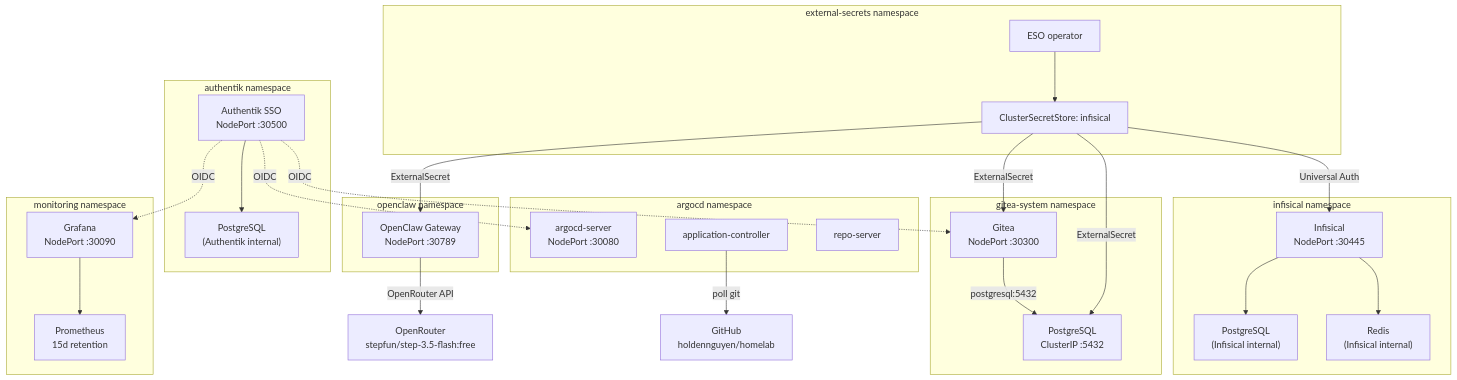
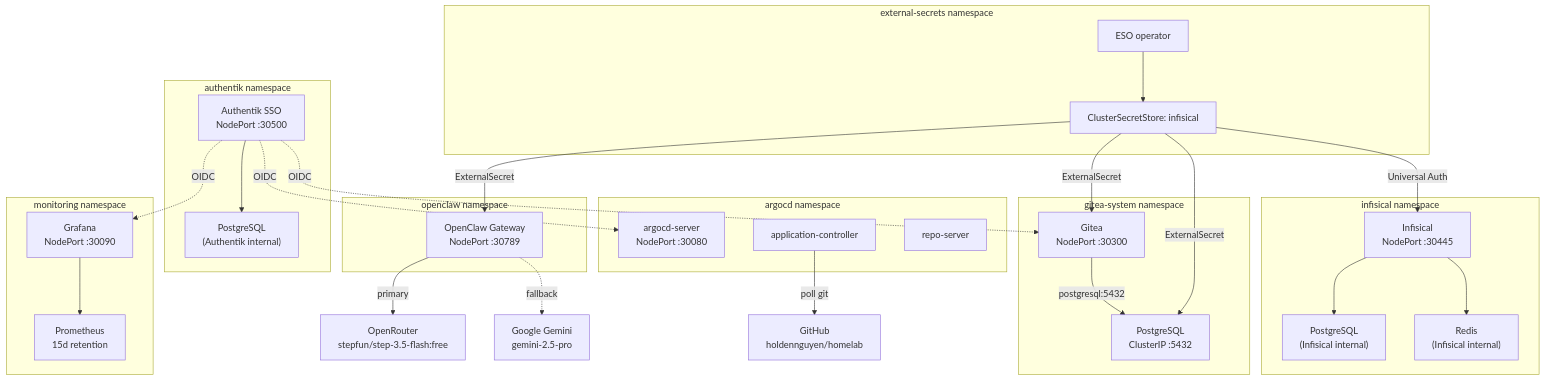
The fourth of 4 diagrams in docs/architecture.md (haingth77/homelab), drawn with Mermaid before and after one commit. The commit also changed 11 other files, not shown here.

First line of the commit message:
feat: add Gemini 2.5 Pro as fallback model for all agents

````diff
--- a/docs/architecture.md
+++ b/docs/architecture.md
@@ -176,55 +176,56 @@
 ```mermaid
 flowchart TD
     subgraph infisicalNs["infisical namespace"]
         InfisicalPod["Infisical\nNodePort :30445"]
         InfisicalPG["PostgreSQL\n(Infisical internal)"]
         InfisicalRedis["Redis\n(Infisical internal)"]
         InfisicalPod --> InfisicalPG
         InfisicalPod --> InfisicalRedis
     end
 
     subgraph esoNs["external-secrets namespace"]
         ESOPod["ESO operator"]
         CSS["ClusterSecretStore: infisical"]
     end
 
     subgraph argocdNs["argocd namespace"]
         ArgoServer["argocd-server\nNodePort :30080"]
         ArgoController["application-controller"]
         ArgoRepo["repo-server"]
     end
 
     subgraph giteaNs["gitea-system namespace"]
         GiteaPod["Gitea\nNodePort :30300"]
         PGPod["PostgreSQL\nClusterIP :5432"]
         GiteaPod -- "postgresql:5432" --> PGPod
     end
 
     subgraph monNs["monitoring namespace"]
         GrafanaPod["Grafana\nNodePort :30090"]
         PromPod["Prometheus\n15d retention"]
         GrafanaPod --> PromPod
     end
 
     subgraph authentikNs["authentik namespace"]
         AuthentikPod["Authentik SSO\nNodePort :30500"]
         AuthentikPG["PostgreSQL\n(Authentik internal)"]
         AuthentikPod --> AuthentikPG
     end
 
     subgraph openclawNs["openclaw namespace"]
         OpenClawPod["OpenClaw Gateway\nNodePort :30789"]
     end
 
     AuthentikPod -. "OIDC" .-> GrafanaPod
     AuthentikPod -. "OIDC" .-> ArgoServer
     AuthentikPod -. "OIDC" .-> GiteaPod
 
     ESOPod --> CSS
     CSS -- "Universal Auth" --> InfisicalPod
     CSS -- "ExternalSecret" --> GiteaPod
     CSS -- "ExternalSecret" --> PGPod
     CSS -- "ExternalSecret" --> OpenClawPod
-    OpenClawPod -- "OpenRouter API" --> OpenRouterAPI["OpenRouter\nstepfun/step-3.5-flash:free"]
+    OpenClawPod -- "primary" --> OpenRouterAPI["OpenRouter\nstepfun/step-3.5-flash:free"]
+    OpenClawPod -. "fallback" .-> GeminiAPI["Google Gemini\ngemini-2.5-pro"]
     ArgoController -- "poll git" --> GitHub["GitHub\nholdennguyen/homelab"]
 ```
````
